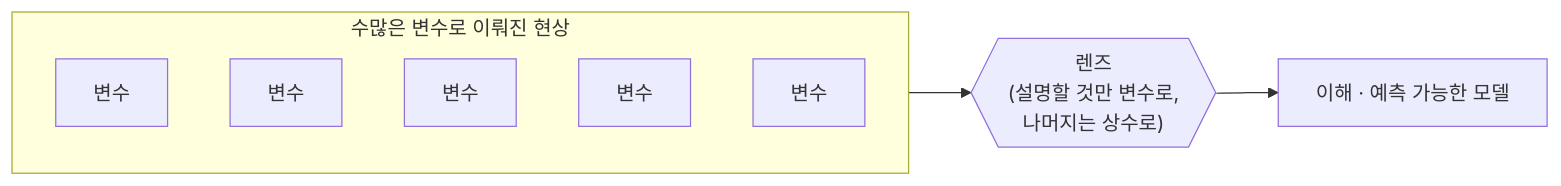
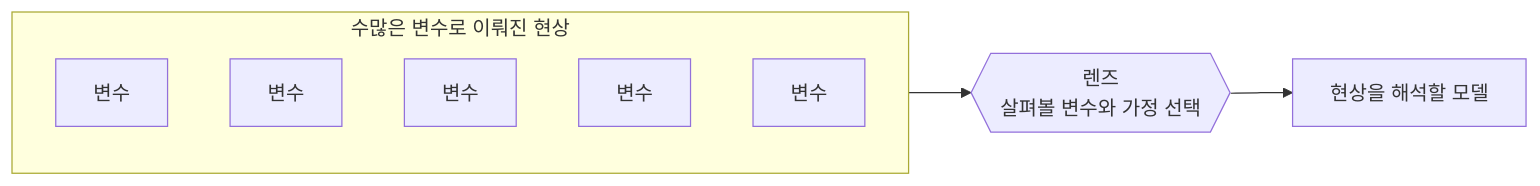
One commit to haandol/haandol.github.com changed the first of 3 diagrams in _posts/2026-06-12-lens-for-agentic-engineering.md. Above: the diagram before and after it, drawn with Mermaid. The commit also changed other lines of this file and 36 other files, not shown here.

````diff
--- a/_posts/2026-06-12-lens-for-agentic-engineering.md
+++ b/_posts/2026-06-12-lens-for-agentic-engineering.md
@@ -35,12 +35,12 @@
 ```mermaid
 flowchart LR
     subgraph V["수많은 변수로 이뤄진 현상"]
         v1["변수"]
         v2["변수"]
         v3["변수"]
         v4["변수"]
         v5["변수"]
     end
-    V --> LENS{{"렌즈<br/>(설명할 것만 변수로,<br/>나머지는 상수로)"}}
-    LENS --> P["이해 · 예측 가능한 모델"]
+    V --> LENS{{"렌즈<br/>살펴볼 변수와 가정 선택"}}
+    LENS --> P["현상을 해석할 모델"]
 ```
````
